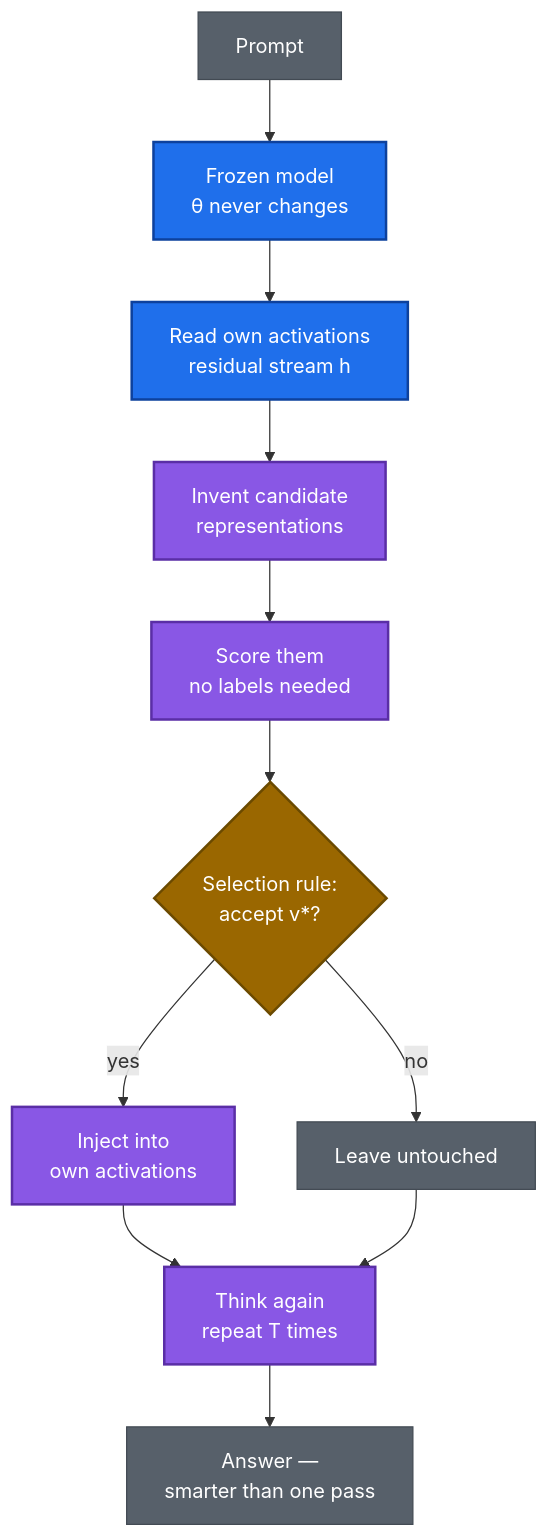
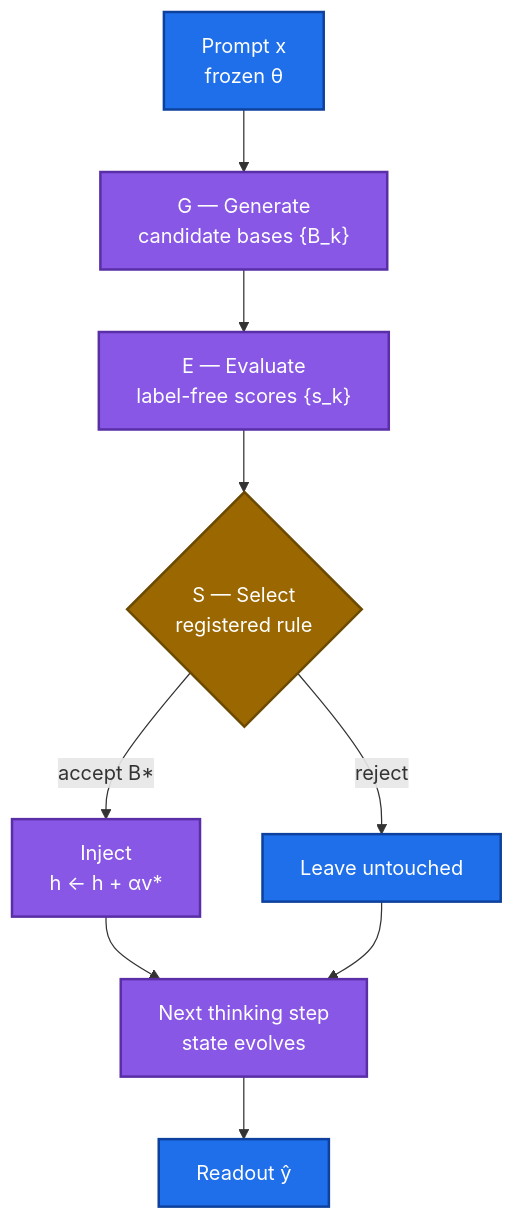
One commit to anilkumara9/SCBI changed the second of 4 diagrams in README.md. Above: the diagram before and after it, drawn with Mermaid. The commit also changed other lines of this file, not shown here.

````diff
--- a/README.md
+++ b/README.md
@@ -84,21 +71,17 @@
 ```mermaid
 flowchart TD
-    A["Prompt"] --> B["Frozen model<br/>θ never changes"]
-    B --> C["Read own activations<br/>residual stream h"]
-    C --> D["Invent candidate<br/>representations"]
-    D --> E["Score them<br/>no labels needed"]
-    E --> F{"Selection rule:<br/>accept v*?"}
-    F -- "yes" --> G["Inject into<br/>own activations"]
-    F -- "no" --> H["Leave untouched"]
-    G --> I["Think again<br/>repeat T times"]
-    H --> I
-    I --> J["Answer —<br/>smarter than one pass"]
-    classDef frozen fill:#1f6feb,stroke:#0d419d,color:#fff,stroke-width:2px
-    classDef think fill:#8957e5,stroke:#5a2ea6,color:#fff,stroke-width:2px
+    A["Prompt x<br/>frozen θ"] --> G["G — Generate<br/>candidate bases {B_k}"]
+    G --> E["E — Evaluate<br/>label-free scores {s_k}"]
+    E --> S{"S — Select<br/>registered rule"}
+    S -- "accept B*" --> I["Inject<br/>h ← h + αv*"]
+    S -- "reject" --> R["Leave untouched"]
+    I --> N["Next thinking step<br/>state evolves"]
+    R --> N
+    N --> Y["Readout ŷ"]
+    classDef ges fill:#8957e5,stroke:#5a2ea6,color:#fff,stroke-width:2px
     classDef decision fill:#9a6700,stroke:#6b4a00,color:#fff,stroke-width:2px
-    classDef neutral fill:#57606a,stroke:#424a53,color:#fff
-    class B,C frozen
-    class D,E,G,I think
-    class F decision
-    class A,H,J neutral
+    classDef neutral fill:#1f6feb,stroke:#0d419d,color:#fff,stroke-width:2px
+    class G,E,I,N ges
+    class S decision
+    class A,R,Y neutral
 ```
````
